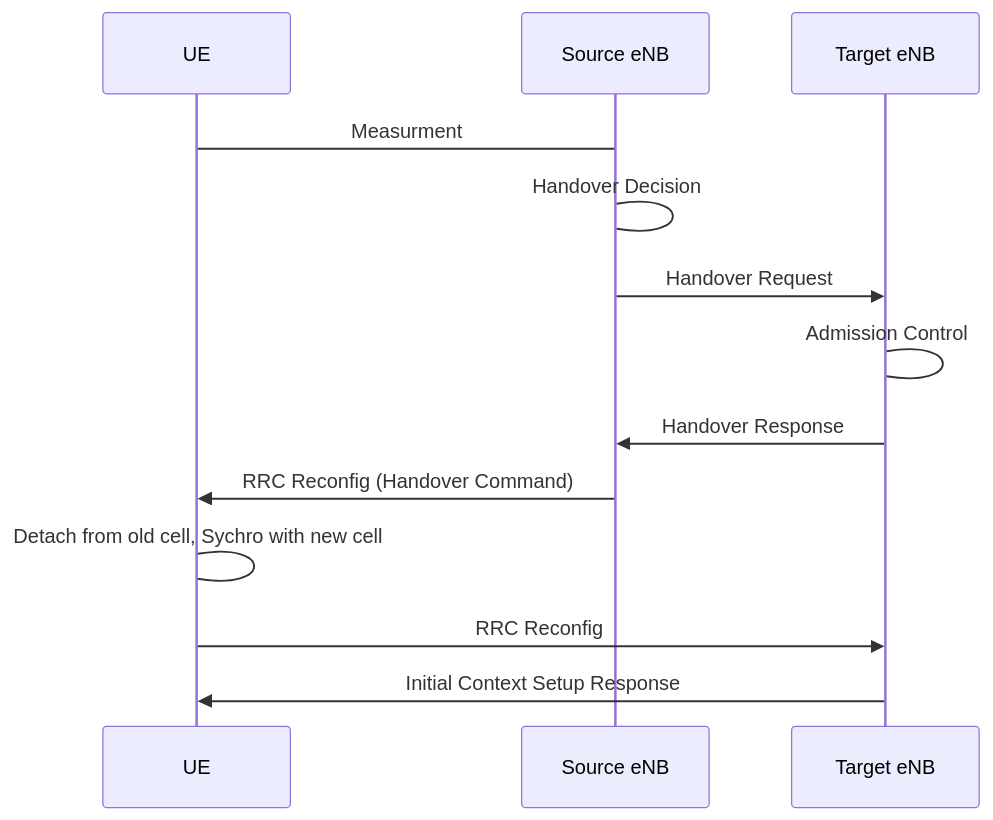
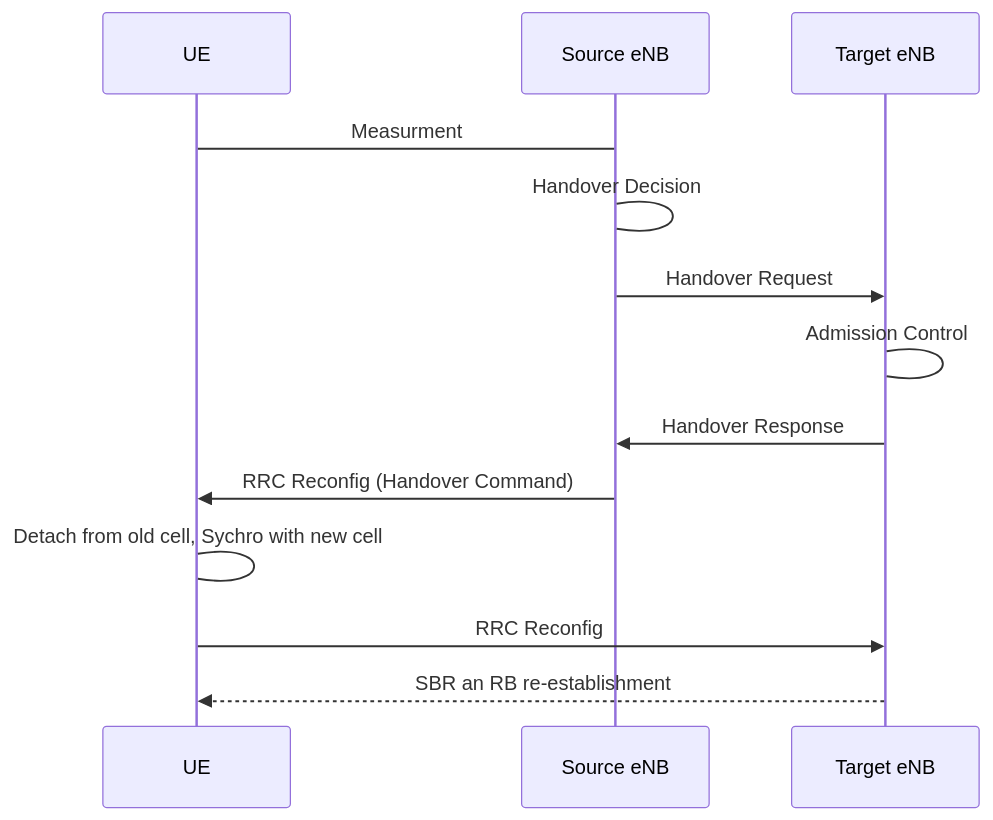
The fourth of 4 diagrams in ARM.md (ThomasRochette/NoteCours), drawn with Mermaid before and after one commit. The commit also changed other lines of this file, not shown here.

Commit message:
Uploaded by https://stackedit.io/

````diff
--- a/ARM.md
+++ b/ARM.md
@@ -133,12 +133,12 @@
 ```mermaid
 sequenceDiagram
 UE -> Source eNB: Measurment
 Source eNB -> Source eNB: Handover Decision
 Source eNB ->> Target eNB: Handover Request
 Target eNB -> Target eNB: Admission Control
 Target eNB ->> Source eNB: Handover Response
 Source eNB ->> UE: RRC Reconfig (Handover Command)
 UE -> UE: Detach from old cell, Sychro with new cell
 UE ->> Target eNB: RRC Reconfig
-Target eNB ->> UE: Initial Context Setup Response
+Target eNB -->> UE: SBR an RB re-establishment
 ```
````
